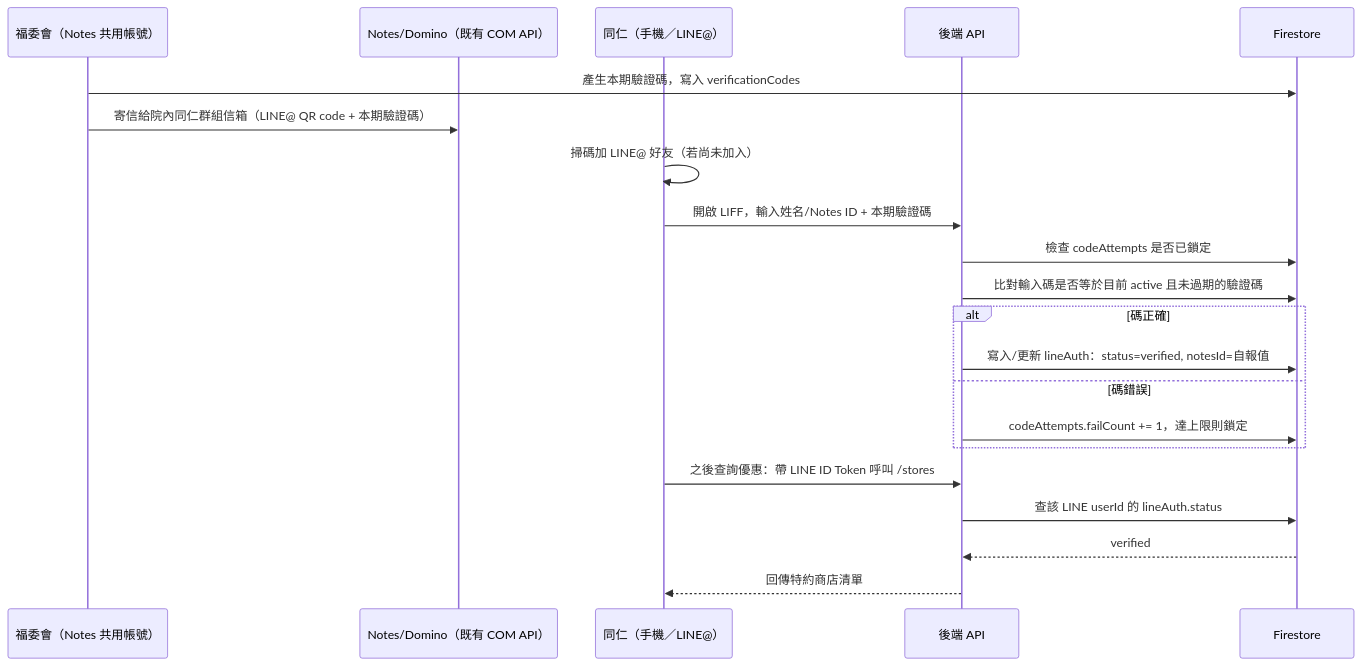
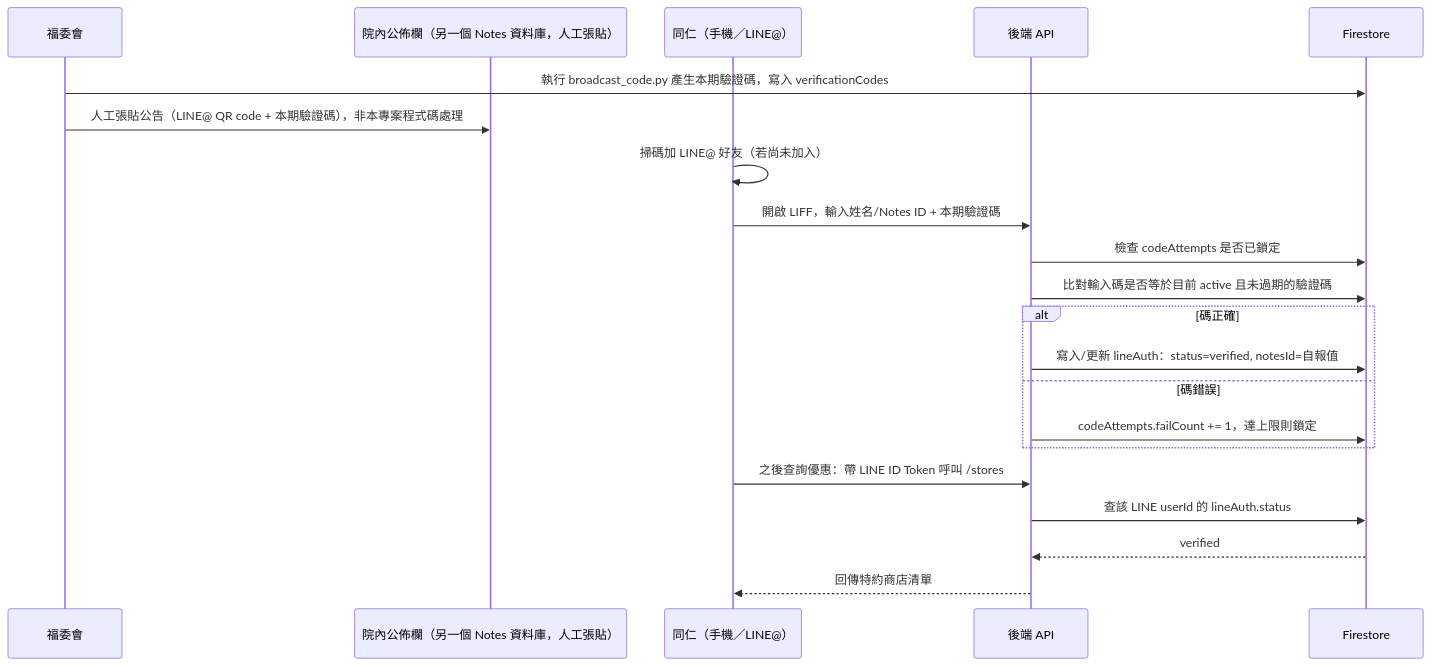
The second of 2 diagrams in sdd3.md (petertsengtw/lotusnotes-com-tools), drawn with Mermaid before and after one commit. The commit also changed other lines of this file and 7 other files, not shown here.

````diff
--- a/sdd3.md
+++ b/sdd3.md
@@ -148,24 +150,24 @@
 ```mermaid
 sequenceDiagram
-    participant 福委會 as 福委會（Notes 共用帳號）
-    participant Notes as Notes/Domino（既有 COM API）
+    participant 福委會 as 福委會
+    participant 公佈欄 as 院內公佈欄（另一個 Notes 資料庫，人工張貼）
     participant 同仁 as 同仁（手機／LINE@）
     participant Backend as 後端 API
     participant Firestore
 
-    福委會->>Firestore: 產生本期驗證碼，寫入 verificationCodes
-    福委會->>Notes: 寄信給院內同仁群組信箱（LINE@ QR code + 本期驗證碼）
+    福委會->>Firestore: 執行 broadcast_code.py 產生本期驗證碼，寫入 verificationCodes
+    福委會->>公佈欄: 人工張貼公告（LINE@ QR code + 本期驗證碼），非本專案程式碼處理
     同仁->>同仁: 掃碼加 LINE@ 好友（若尚未加入）
     同仁->>Backend: 開啟 LIFF，輸入姓名/Notes ID + 本期驗證碼
     Backend->>Firestore: 檢查 codeAttempts 是否已鎖定
     Backend->>Firestore: 比對輸入碼是否等於目前 active 且未過期的驗證碼
     alt 碼正確
         Backend->>Firestore: 寫入/更新 lineAuth：status=verified, notesId=自報值
     else 碼錯誤
         Backend->>Firestore: codeAttempts.failCount += 1，達上限則鎖定
     end
     同仁->>Backend: 之後查詢優惠：帶 LINE ID Token 呼叫 /stores
     Backend->>Firestore: 查該 LINE userId 的 lineAuth.status
     Firestore-->>Backend: verified
     Backend-->>同仁: 回傳特約商店清單
 ```
````
